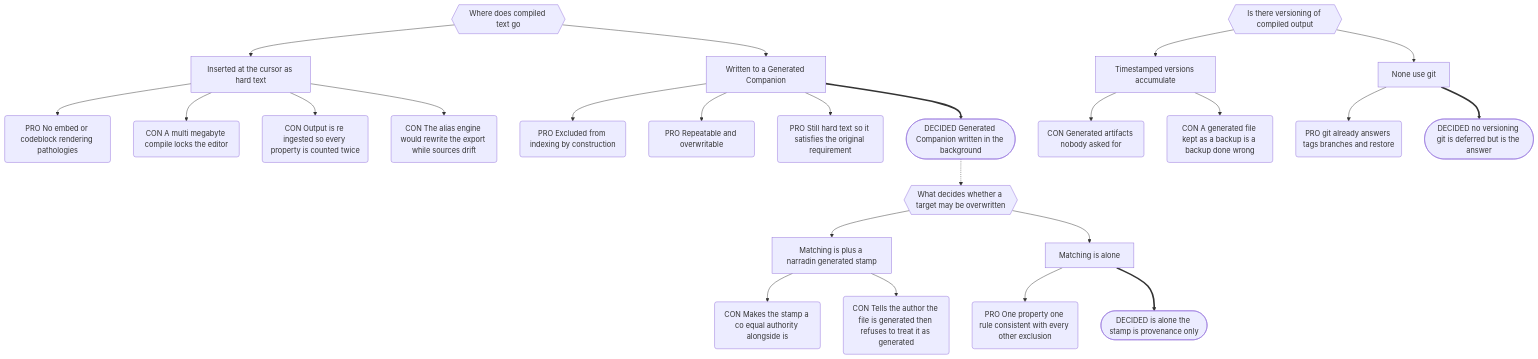
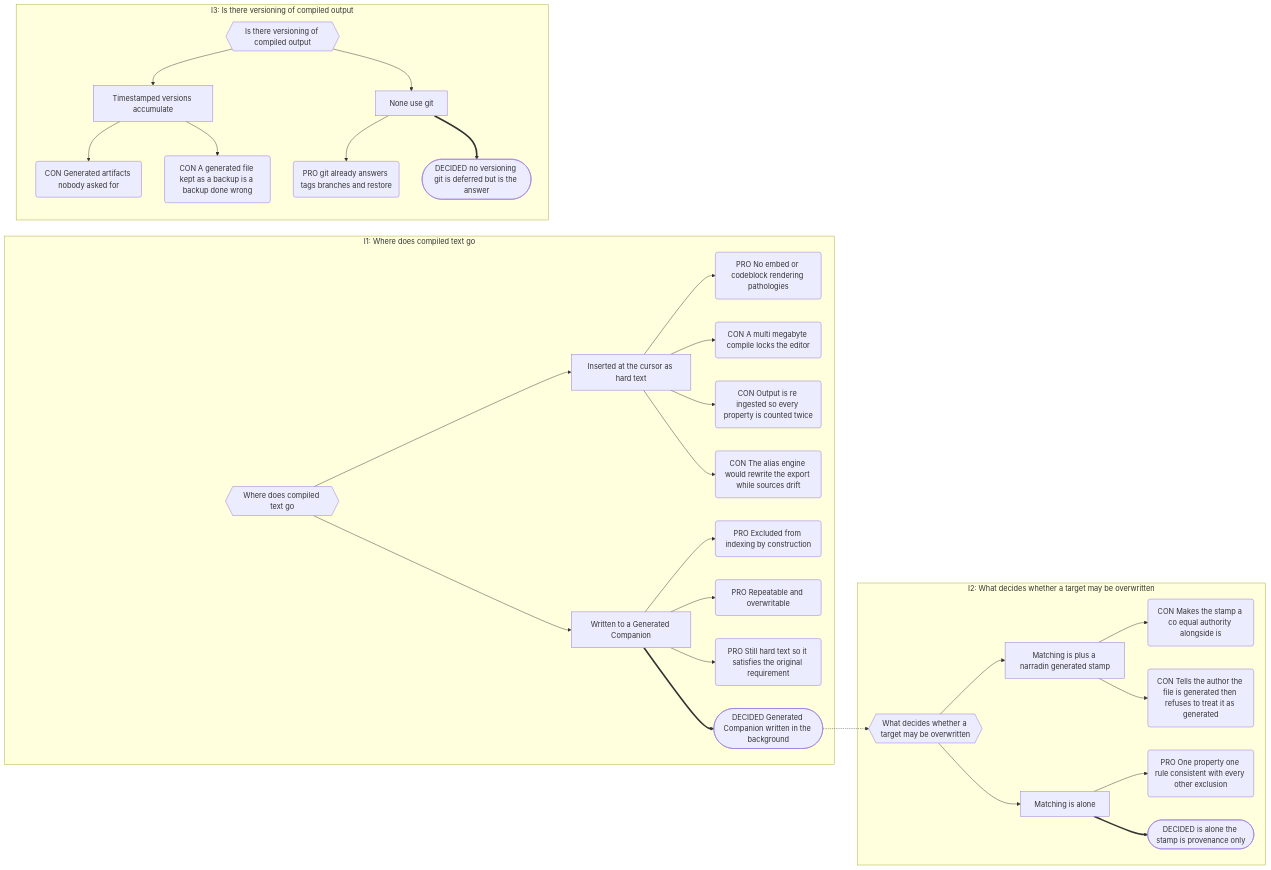
The diagram in docs/spec/08-the-compiler.md (mlao-pdx/obsidian-plugin), drawn with Mermaid before and after one commit. The commit also changed other lines of this file and 10 other files, not shown here.

````diff
--- a/docs/spec/08-the-compiler.md
+++ b/docs/spec/08-the-compiler.md
@@ -120,51 +123,57 @@
 ```mermaid
-flowchart TD
-    I1{{Where does compiled text go}}
-    P1[Inserted at the cursor as hard text]
-    P2[Written to a Generated Companion]
-    I1 --> P1
-    I1 --> P2
-    A1(PRO No embed or codeblock rendering pathologies)
-    C1(CON A multi megabyte compile locks the editor)
-    C2(CON Output is re ingested so every property is counted twice)
-    C3(CON The alias engine would rewrite the export while sources drift)
-    P1 --> A1
-    P1 --> C1
-    P1 --> C2
-    P1 --> C3
-    A2(PRO Excluded from indexing by construction)
-    A3(PRO Repeatable and overwritable)
-    A4(PRO Still hard text so it satisfies the original requirement)
-    P2 --> A2
-    P2 --> A3
-    P2 --> A4
-    D1([DECIDED Generated Companion written in the background])
-    P2 ==> D1
+flowchart LR
+    subgraph S1["I1: Where does compiled text go"]
+        I1{{Where does compiled text go}}
+        P1[Inserted at the cursor as hard text]
+        P2[Written to a Generated Companion]
+        I1 --> P1
+        I1 --> P2
+        A1(PRO No embed or codeblock rendering pathologies)
+        C1(CON A multi megabyte compile locks the editor)
+        C2(CON Output is re ingested so every property is counted twice)
+        C3(CON The alias engine would rewrite the export while sources drift)
+        P1 --> A1
+        P1 --> C1
+        P1 --> C2
+        P1 --> C3
+        A2(PRO Excluded from indexing by construction)
+        A3(PRO Repeatable and overwritable)
+        A4(PRO Still hard text so it satisfies the original requirement)
+        P2 --> A2
+        P2 --> A3
+        P2 --> A4
+        D1([DECIDED Generated Companion written in the background])
+        P2 ==> D1
+    end
     D1 -.-> I2
-    I2{{What decides whether a target may be overwritten}}
-    P3[Matching is plus a narradin generated stamp]
-    P4[Matching is alone]
-    I2 --> P3
-    I2 --> P4
-    C4(CON Makes the stamp a co equal authority alongside is)
-    C5(CON Tells the author the file is generated then refuses to treat it as generated)
-    P3 --> C4
-    P3 --> C5
-    A5(PRO One property one rule consistent with every other exclusion)
-    P4 --> A5
-    D2([DECIDED is alone the stamp is provenance only])
-    P4 ==> D2
-    I3{{Is there versioning of compiled output}}
-    P5[Timestamped versions accumulate]
-    P6[None use git]
-    I3 --> P5
-    I3 --> P6
-    C6(CON Generated artifacts nobody asked for)
-    C7(CON A generated file kept as a backup is a backup done wrong)
-    P5 --> C6
-    P5 --> C7
-    A6(PRO git already answers tags branches and restore)
-    P6 --> A6
-    D3([DECIDED no versioning git is deferred but is the answer])
-    P6 ==> D3
+    subgraph S2["I2: What decides whether a target may be overwritten"]
+        I2{{What decides whether a target may be overwritten}}
+        P2a[Matching is plus a narradin generated stamp]
+        P2b[Matching is alone]
+        I2 --> P2a
+        I2 --> P2b
+        C2a(CON Makes the stamp a co equal authority alongside is)
+        C2b(CON Tells the author the file is generated then refuses to treat it as generated)
+        P2a --> C2a
+        P2a --> C2b
+        A2a(PRO One property one rule consistent with every other exclusion)
+        P2b --> A2a
+        D2([DECIDED is alone the stamp is provenance only])
+        P2b ==> D2
+    end
+    subgraph S3["I3: Is there versioning of compiled output"]
+        I3{{Is there versioning of compiled output}}
+        P3a[Timestamped versions accumulate]
+        P3b[None use git]
+        I3 --> P3a
+        I3 --> P3b
+        C3a(CON Generated artifacts nobody asked for)
+        C3b(CON A generated file kept as a backup is a backup done wrong)
+        P3a --> C3a
+        P3a --> C3b
+        A3a(PRO git already answers tags branches and restore)
+        P3b --> A3a
+        D3([DECIDED no versioning git is deferred but is the answer])
+        P3b ==> D3
+    end
 ```
````
